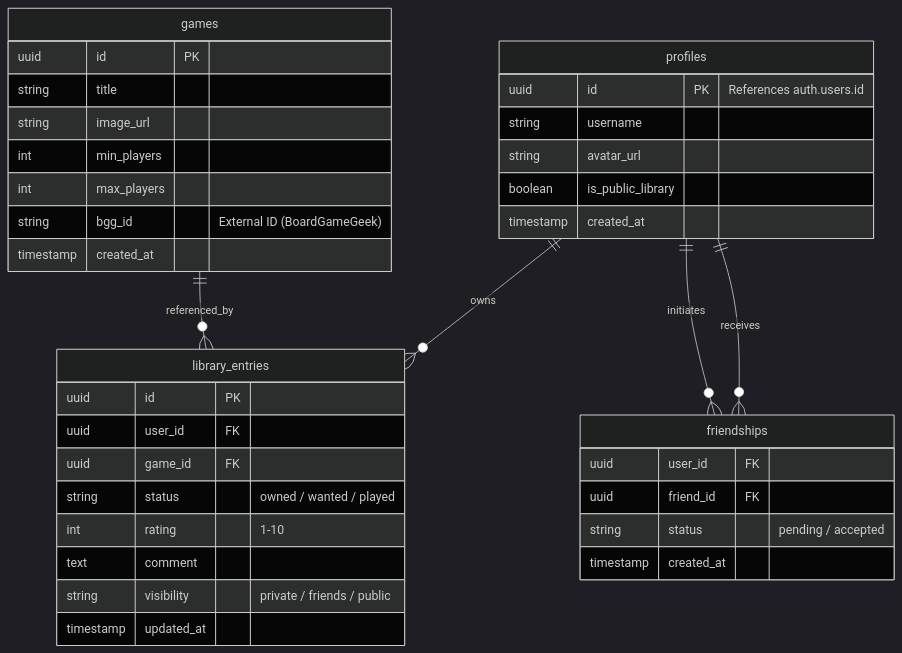
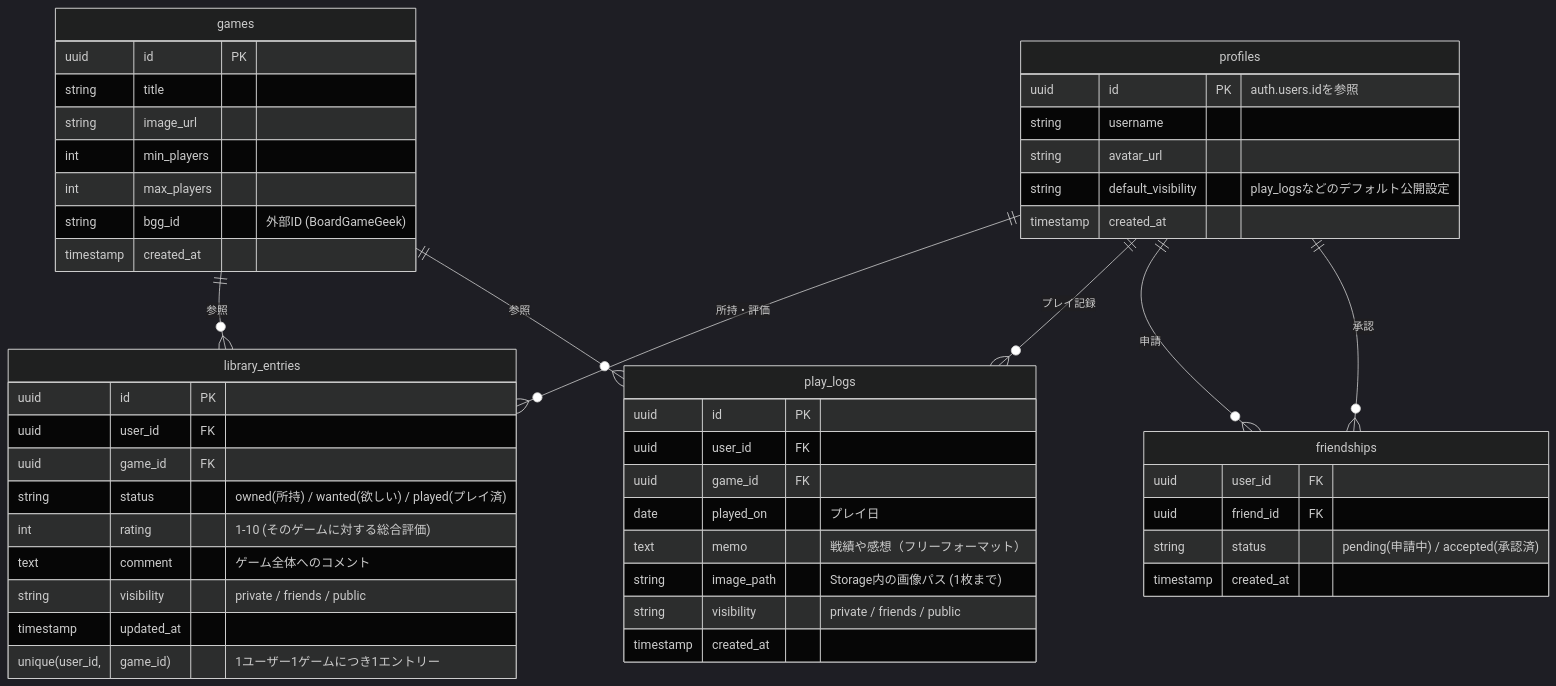
The diagram in MIGRATION_PLAN.md (t-kajimoto/bg-manager), drawn with Mermaid (dark theme) before and after one commit. The commit also changed other lines of this file, not shown here.

````diff
--- a/MIGRATION_PLAN.md
+++ b/MIGRATION_PLAN.md
@@ -15,43 +16,57 @@
 ```mermaid
 erDiagram
-    profiles ||--o{ library_entries : "owns"
-    profiles ||--o{ friendships : "initiates"
-    profiles ||--o{ friendships : "receives"
-    games ||--o{ library_entries : "referenced_by"
+    profiles ||--o{ library_entries : "所持・評価"
+    profiles ||--o{ play_logs : "プレイ記録"
+    profiles ||--o{ friendships : "申請"
+    profiles ||--o{ friendships : "承認"
+    games ||--o{ library_entries : "参照"
+    games ||--o{ play_logs : "参照"
 
     profiles {
-        uuid id PK "References auth.users.id"
+        uuid id PK "auth.users.idを参照"
         string username
         string avatar_url
-        boolean is_public_library
+        string default_visibility "play_logsなどのデフォルト公開設定"
         timestamp created_at
     }
 
     games {
         uuid id PK
         string title
         string image_url
         int min_players
         int max_players
-        string bgg_id "External ID (BoardGameGeek)"
+        string bgg_id "外部ID (BoardGameGeek)"
         timestamp created_at
     }
 
     library_entries {
         uuid id PK
         uuid user_id FK
         uuid game_id FK
-        string status "owned / wanted / played"
-        int rating "1-10"
-        text comment
+        string status "owned(所持) / wanted(欲しい) / played(プレイ済)"
+        int rating "1-10 (そのゲームに対する総合評価)"
+        text comment "ゲーム全体へのコメント"
         string visibility "private / friends / public"
         timestamp updated_at
+        unique(user_id, game_id) "1ユーザー1ゲームにつき1エントリー"
+    }
+
+    play_logs {
+        uuid id PK
+        uuid user_id FK
+        uuid game_id FK
+        date played_on "プレイ日"
+        text memo "戦績や感想（フリーフォーマット）"
+        string image_path "Storage内の画像パス (1枚まで)"
+        string visibility "private / friends / public"
+        timestamp created_at
     }
 
     friendships {
         uuid user_id FK
         uuid friend_id FK
-        string status "pending / accepted"
+        string status "pending(申請中) / accepted(承認済)"
         timestamp created_at
     }
 ```
````
